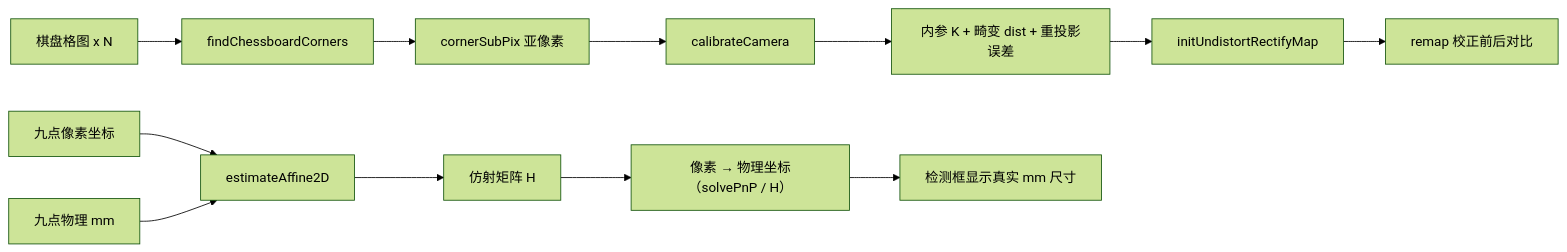
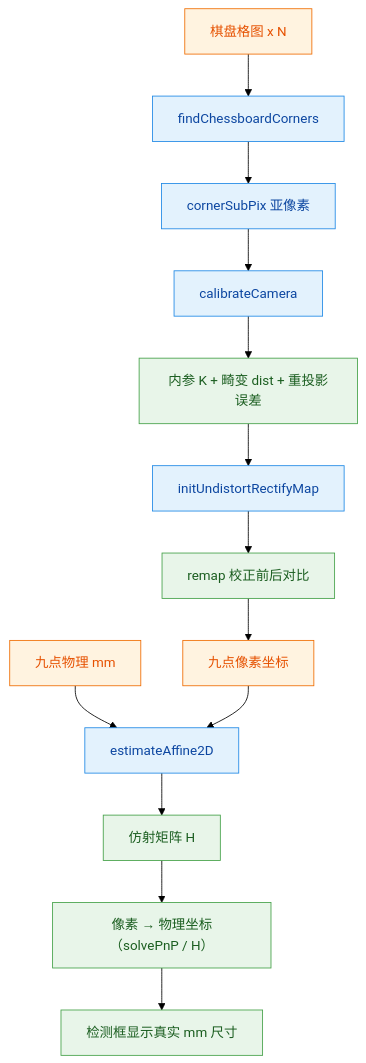
Before and after one commit to fanyu99/MyNote: the first of 2 diagrams in 上位机学习/视觉标定.md, drawn with Mermaid (forest theme). The commit also changed other lines of this file and 26 other files, not shown here.

````diff
--- a/上位机学习/视觉标定.md
+++ b/上位机学习/视觉标定.md
@@ -333,15 +333,22 @@
 ```mermaid
-flowchart LR
+flowchart TB
     A["棋盘格图 x N"] --> B["findChessboardCorners"]
     B --> C["cornerSubPix 亚像素"]
     C --> D["calibrateCamera"]
     D --> E["内参 K + 畸变 dist + 重投影误差"]
     E --> F["initUndistortRectifyMap"]
     F --> G["remap 校正前后对比"]
-
-    H["九点像素坐标"] --> I["estimateAffine2D"]
-    J["九点物理 mm"] --> I
+    G --> H["九点像素坐标"]
+    J["九点物理 mm"] --> I["estimateAffine2D"]
+    H --> I
     I --> K["仿射矩阵 H"]
     K --> L["像素 → 物理坐标（solvePnP / H）"]
     L --> M["检测框显示真实 mm 尺寸"]
+
+    classDef io fill:#fff3e0,stroke:#ef6c00,color:#e65100;
+    classDef algo fill:#e3f2fd,stroke:#1e88e5,color:#0d47a1;
+    classDef out fill:#e8f5e9,stroke:#43a047,color:#1b5e20;
+    class A,H,J io;
+    class B,C,D,F,I algo;
+    class E,G,K,L,M out;
 ```
````
